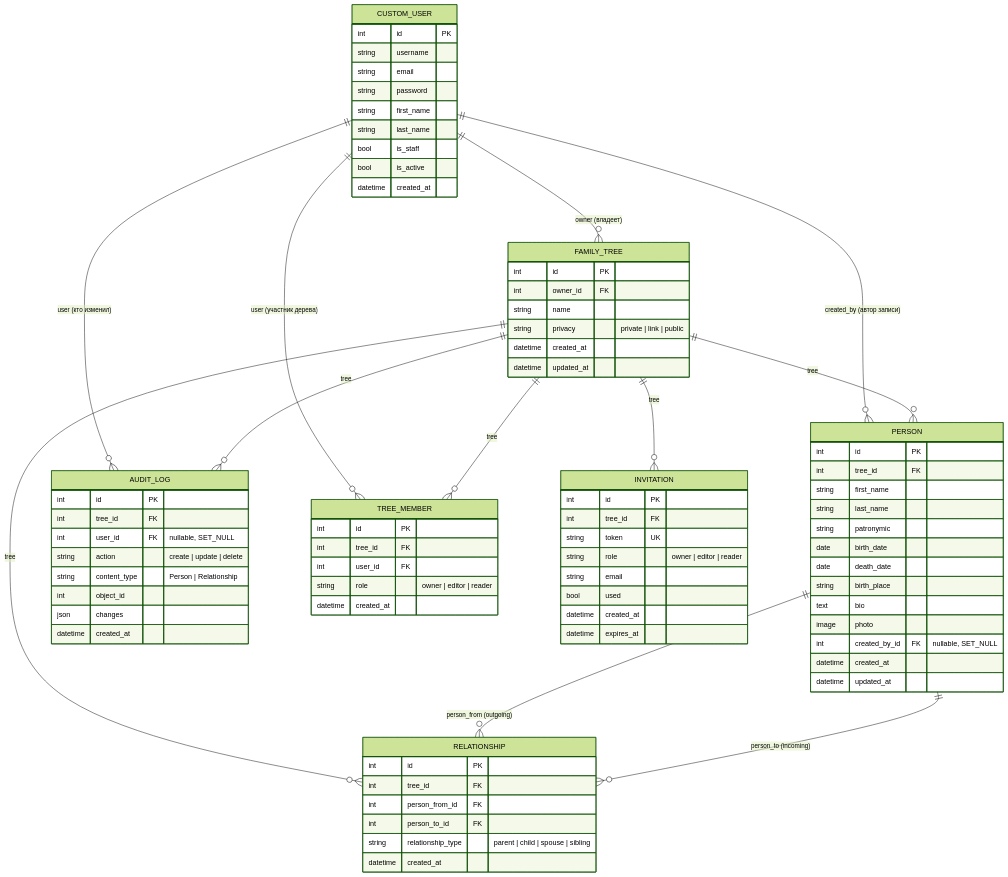
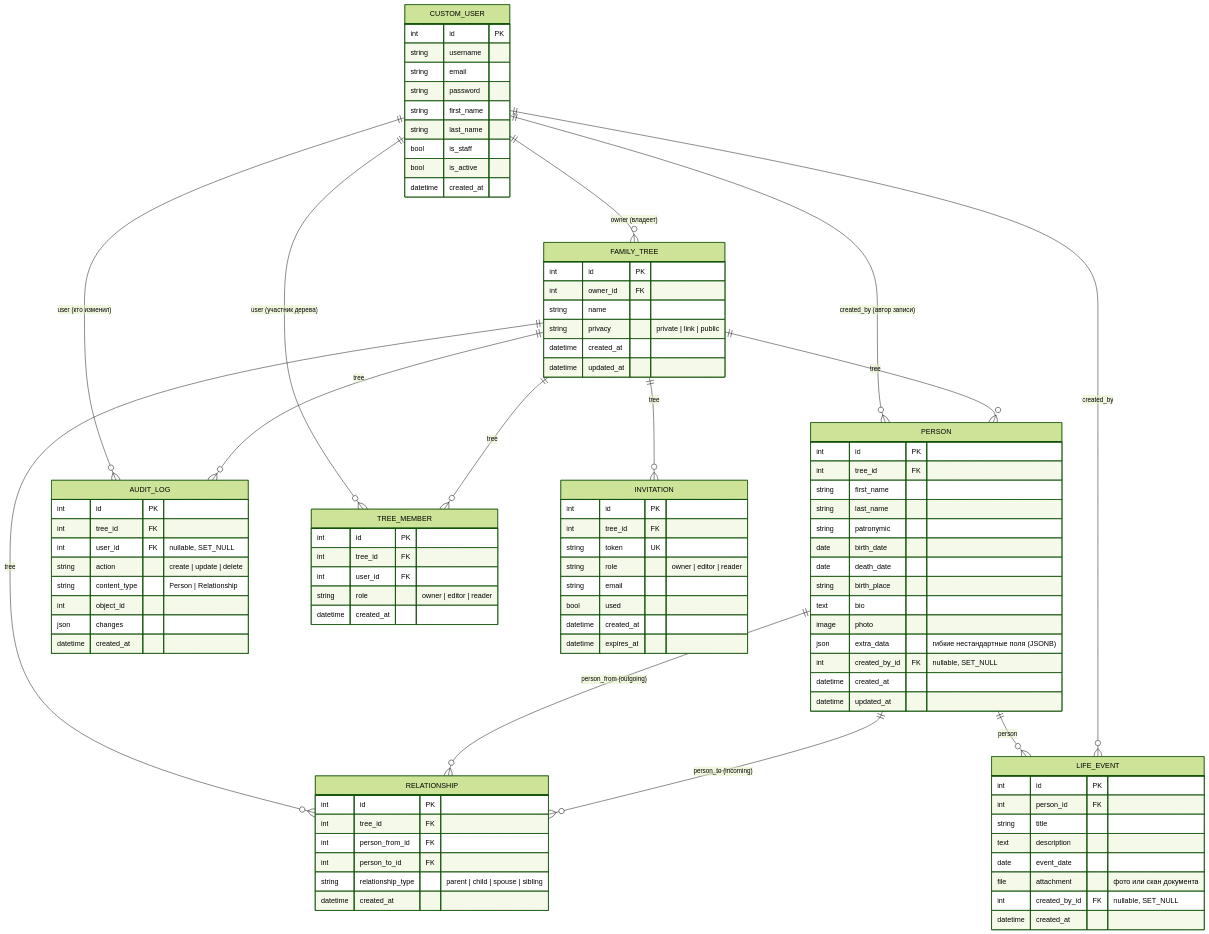
The diagram in familytree-backend/docs/ERD.md (nursoulqxw/familytree), drawn with Mermaid (forest theme) before and after one commit. The commit also changed other lines of this file and 7 other files, not shown here.

```diff
--- a/familytree-backend/docs/ERD.md
+++ b/familytree-backend/docs/ERD.md
@@ -18,6 +18,19 @@
 
     PERSON ||--o{ RELATIONSHIP : "person_from (outgoing)"
     PERSON ||--o{ RELATIONSHIP : "person_to (incoming)"
+    PERSON ||--o{ LIFE_EVENT : "person"
+    CUSTOM_USER ||--o{ LIFE_EVENT : "created_by"
+
+    LIFE_EVENT {
+        int id PK
+        int person_id FK
+        string title
+        text description
+        date event_date
+        file attachment "фото или скан документа"
+        int created_by_id FK "nullable, SET_NULL"
+        datetime created_at
+    }
 
     TREE_MEMBER {
         int id PK
@@ -59,6 +72,7 @@
         string birth_place
         text bio
         image photo
+        json extra_data "гибкие нестандартные поля (JSONB)"
         int created_by_id FK "nullable, SET_NULL"
         datetime created_at
         datetime updated_at
```
